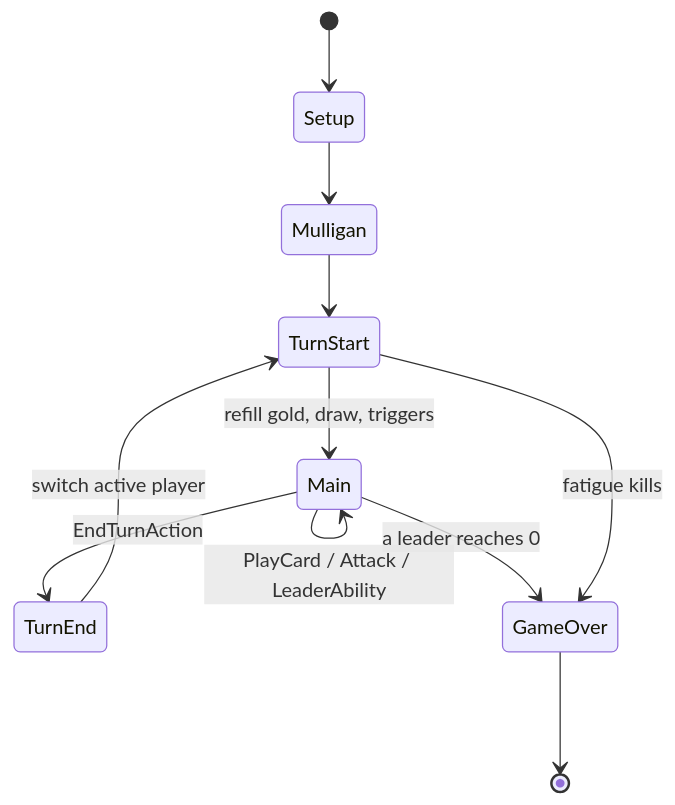
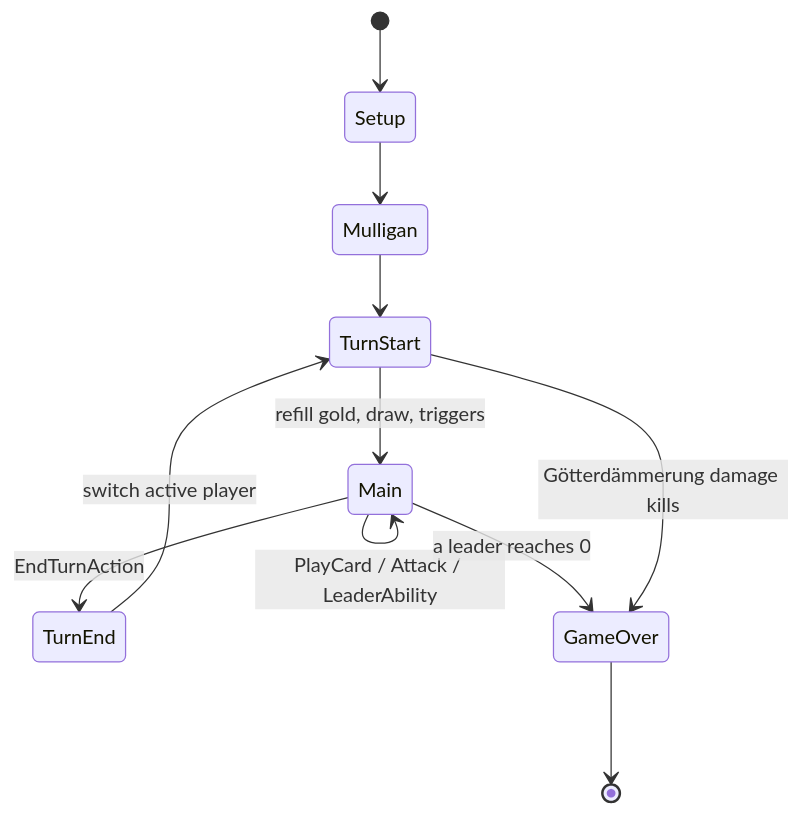
The diagram in docs/technical/04-game-engine.md (TuntematonSotilas/ring_card_game), drawn with Mermaid before and after one commit. The commit also changed other lines of this file and 26 other files, not shown here.

````diff
--- a/docs/technical/04-game-engine.md
+++ b/docs/technical/04-game-engine.md
@@ -36,13 +36,13 @@
 ```mermaid
 stateDiagram-v2
     [*] --> Setup
     Setup --> Mulligan
     Mulligan --> TurnStart
     TurnStart --> Main: refill gold, draw, triggers
     Main --> Main: PlayCard / Attack / LeaderAbility
     Main --> TurnEnd: EndTurnAction
     TurnEnd --> TurnStart: switch active player
     Main --> GameOver: a leader reaches 0
-    TurnStart --> GameOver: fatigue kills
+    TurnStart --> GameOver: Götterdämmerung damage kills
     GameOver --> [*]
 ```
````
